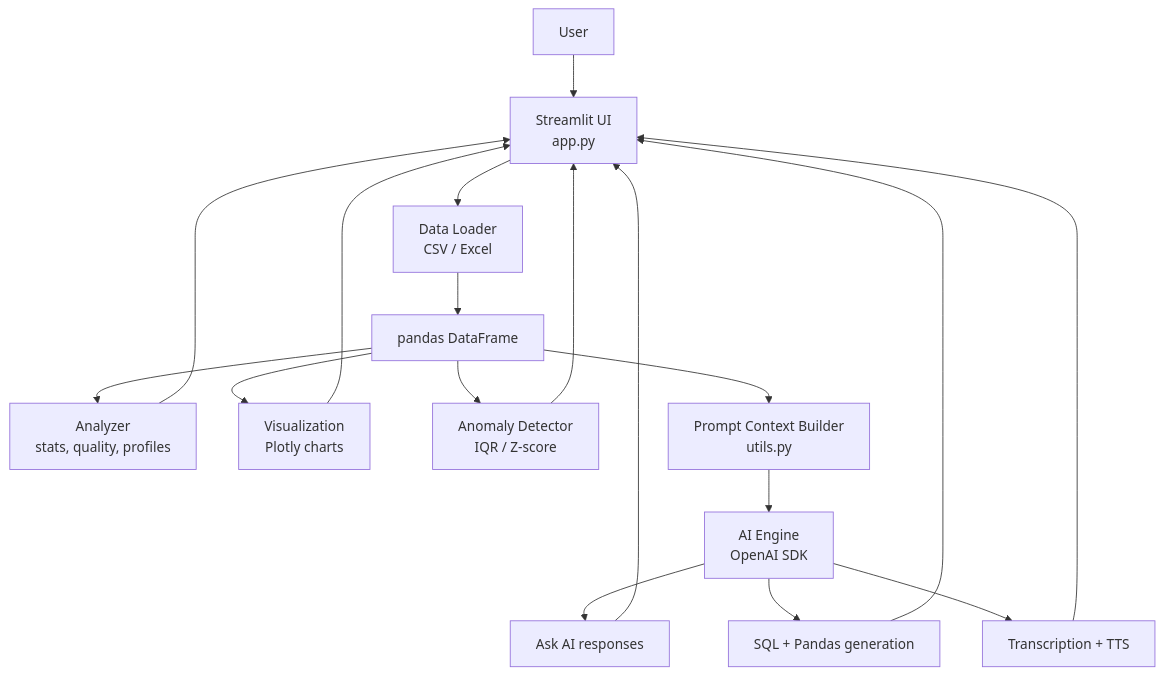
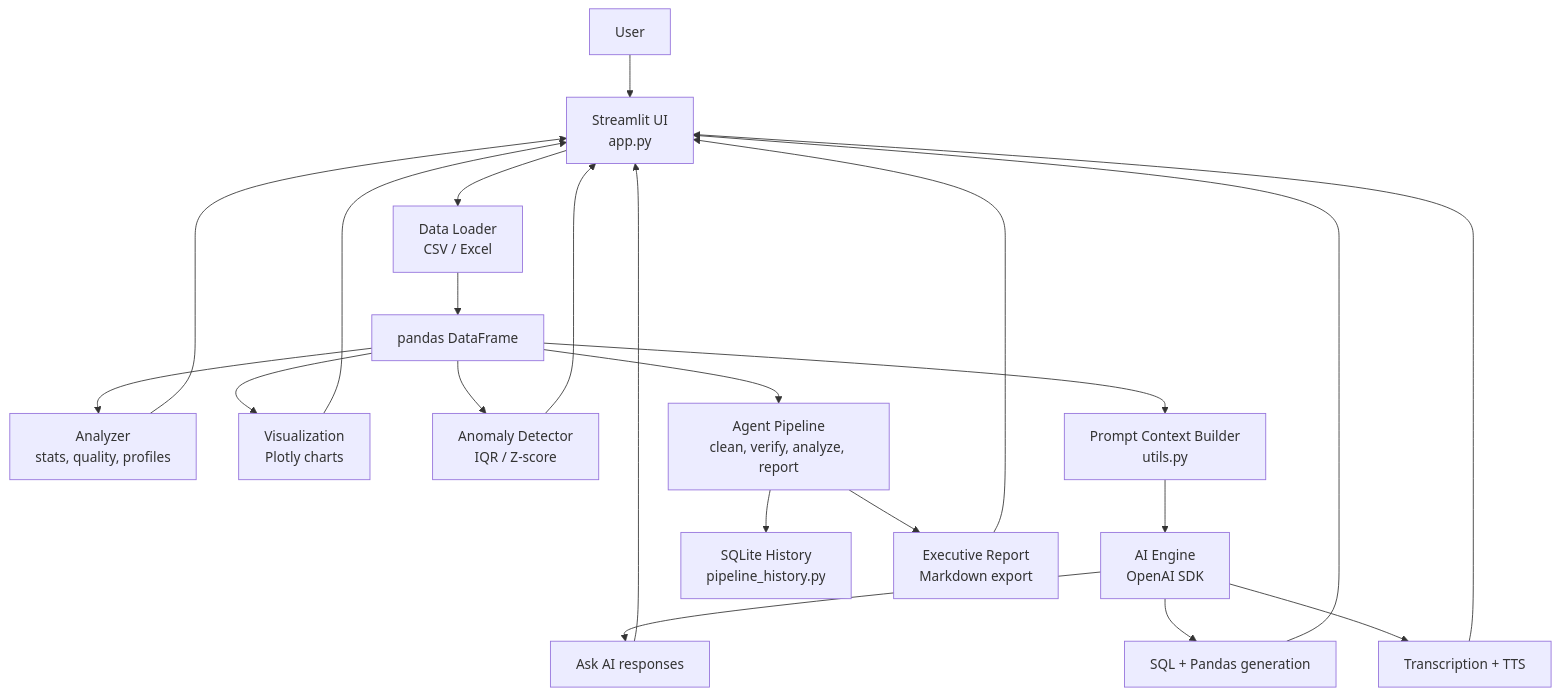
Before and after one commit to AryanHooda-04/AI_Data_Analyst: the diagram in README.md, drawn with Mermaid. The commit also changed other lines of this file and 9 other files, not shown here.

````diff
--- a/README.md
+++ b/README.md
@@ -57,20 +62,24 @@
 ```mermaid
 flowchart TD
     User["User"] --> UI["Streamlit UI<br/>app.py"]
     UI --> Loader["Data Loader<br/>CSV / Excel"]
     Loader --> DF["pandas DataFrame"]
     DF --> Analyzer["Analyzer<br/>stats, quality, profiles"]
     DF --> Viz["Visualization<br/>Plotly charts"]
     DF --> Anomaly["Anomaly Detector<br/>IQR / Z-score"]
+    DF --> Pipeline["Agent Pipeline<br/>clean, verify, analyze, report"]
     DF --> Context["Prompt Context Builder<br/>utils.py"]
     Context --> AI["AI Engine<br/>OpenAI SDK"]
     AI --> Ask["Ask AI responses"]
     AI --> Code["SQL + Pandas generation"]
     AI --> Voice["Transcription + TTS"]
+    Pipeline --> History["SQLite History<br/>pipeline_history.py"]
+    Pipeline --> Report["Executive Report<br/>Markdown export"]
     Ask --> UI
     Code --> UI
     Viz --> UI
     Analyzer --> UI
     Anomaly --> UI
+    Report --> UI
     Voice --> UI
 ```
````
